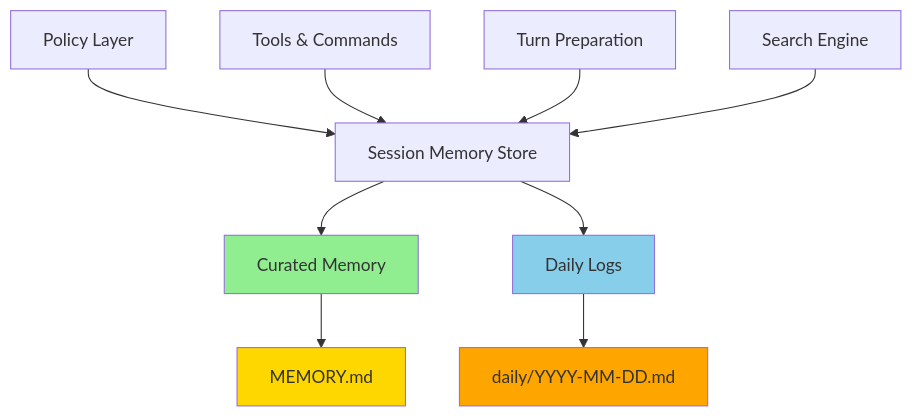
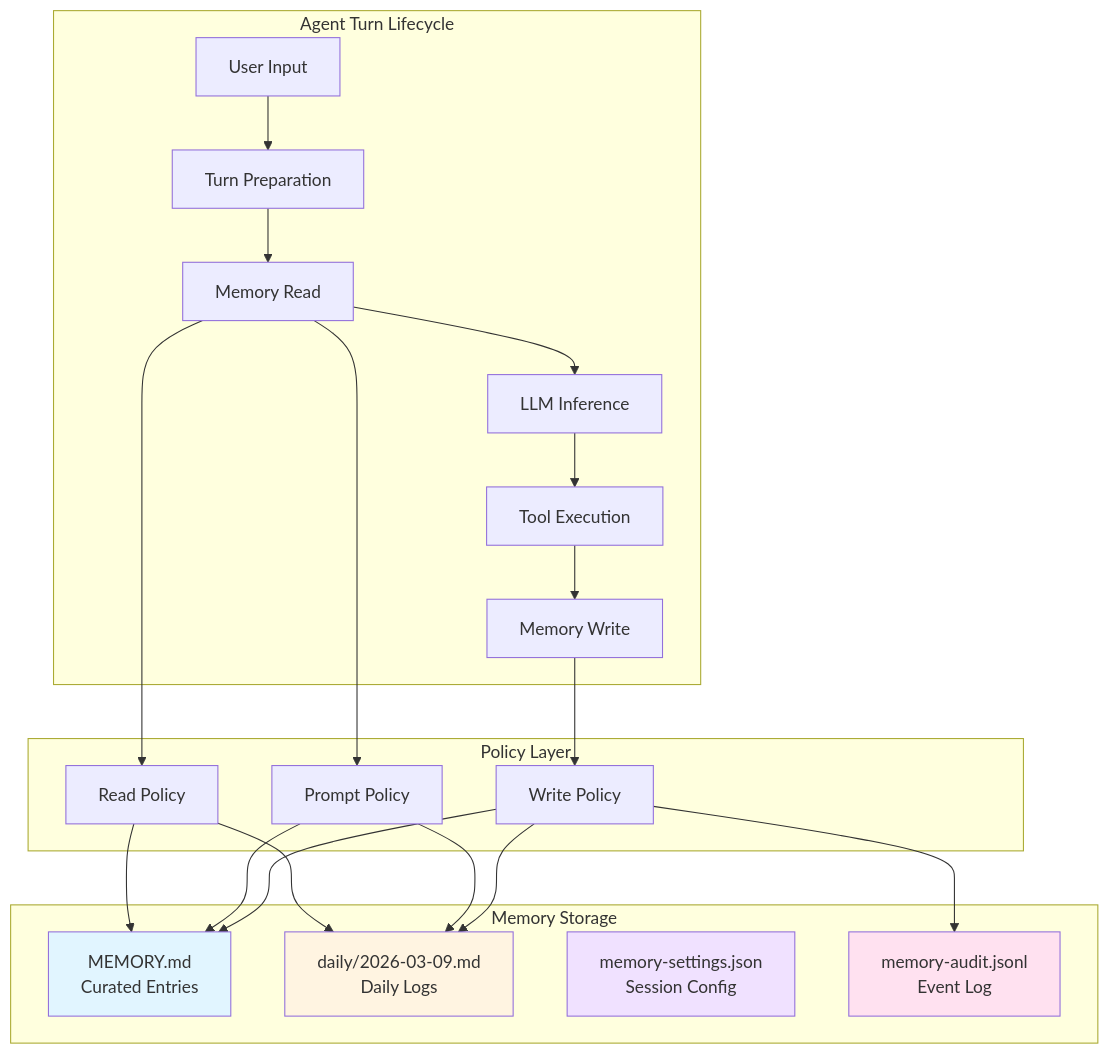
One commit to lastweek/nano-claw changed the first of 5 diagrams in docs/memory.md. Above: the diagram before and after it, drawn with Mermaid. The commit also changed other lines of this file and 1 other file, not shown here.

First line of the commit message:
docs: comprehensive rewrite of Agent Memory documentation

````diff
--- a/docs/memory.md
+++ b/docs/memory.md
@@ -98,16 +26,40 @@
 ```mermaid
-graph TD
-    A[Session Memory Store] --> B[Curated Memory]
-    A --> C[Daily Logs]
-    B --> D[MEMORY.md]
-    C --> E[daily/YYYY-MM-DD.md]
-    F[Policy Layer] --> A
-    G[Tools & Commands] --> A
-    H[Turn Preparation] --> A
-    I[Search Engine] --> A
+graph TB
+    subgraph "Agent Turn Lifecycle"
+        User[User Input] --> Prep[Turn Preparation]
+        Prep --> MemRead[Memory Read]
+        MemRead --> LLM[LLM Inference]
+        LLM --> Tools[Tool Execution]
+        Tools --> MemWrite[Memory Write]
+    end
 
-    style B fill:#90EE90
-    style C fill:#87CEEB
-    style D fill:#FFD700
-    style E fill:#FFA500
+    subgraph "Memory Storage"
+        Curated[MEMORY.md<br/>Curated Entries]
+        Daily[daily/2026-03-09.md<br/>Daily Logs]
+        Settings[memory-settings.json<br/>Session Config]
+        Audit[memory-audit.jsonl<br/>Event Log]
+    end
+
+    subgraph "Policy Layer"
+        ReadPolicy[Read Policy]
+        PromptPolicy[Prompt Policy]
+        WritePolicy[Write Policy]
+    end
+
+    MemRead --> ReadPolicy
+    MemRead --> PromptPolicy
+    MemWrite --> WritePolicy
+
+    ReadPolicy --> Curated
+    ReadPolicy --> Daily
+    PromptPolicy --> Curated
+    PromptPolicy --> Daily
+    WritePolicy --> Curated
+    WritePolicy --> Daily
+    WritePolicy --> Audit
+
+    style Curated fill:#e1f5ff
+    style Daily fill:#fff4e1
+    style Settings fill:#f0e1ff
+    style Audit fill:#ffe1f0
 ```
````
